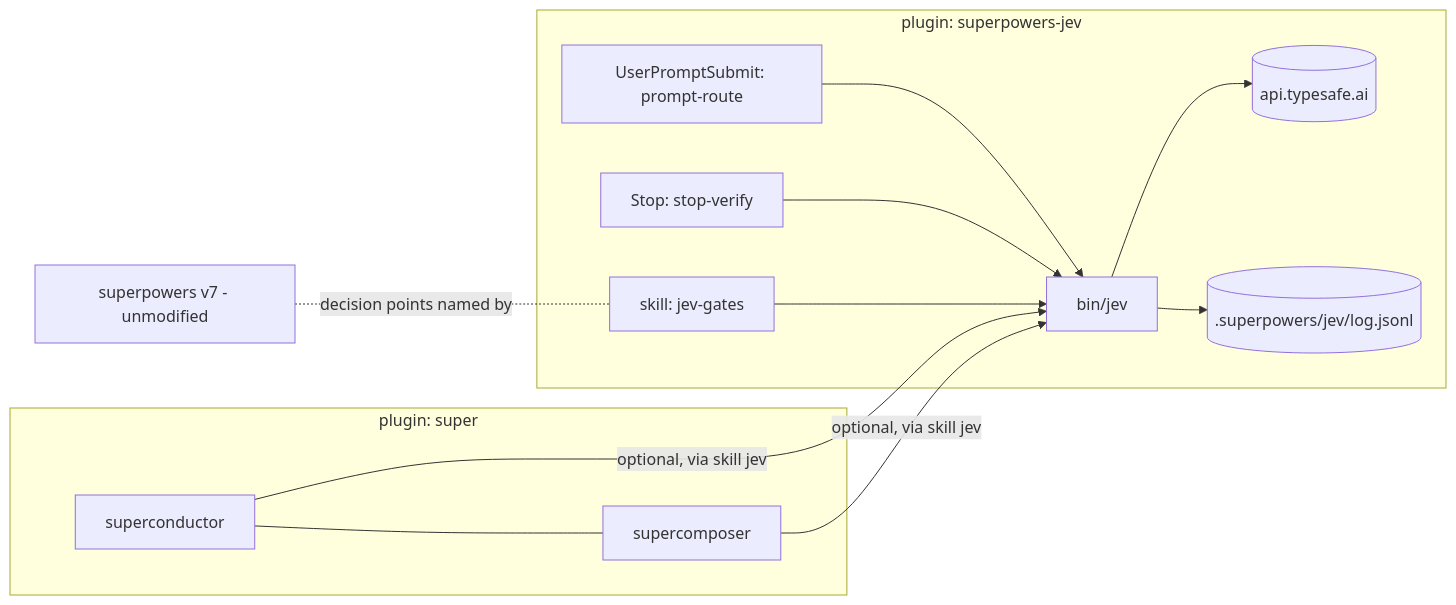
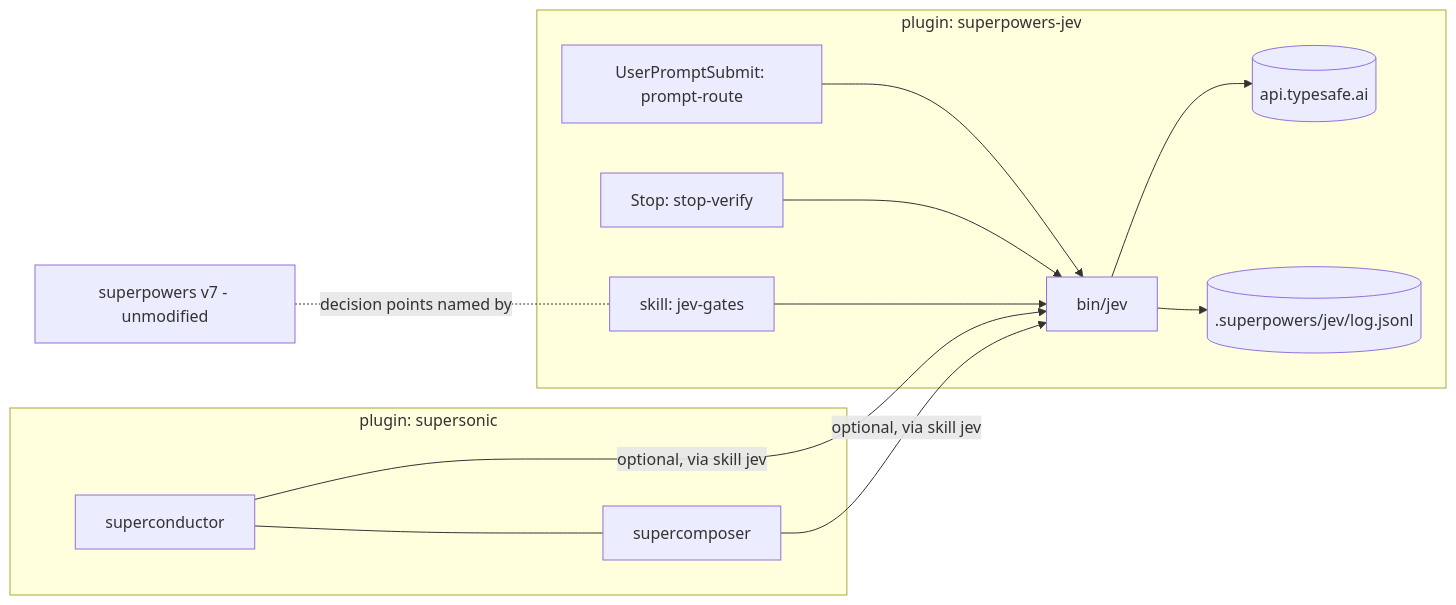
The diagram in docs/superpowers/specs/2026-10-11-1800-super-marketplace-and-jev-design.md (mindlace/super), drawn with Mermaid before and after one commit. The commit also changed other lines of this file, not shown here.

Commit message:
docs: rename conductor plugin to supersonic, settle open questions

````diff
--- a/docs/superpowers/specs/2026-10-11-1800-super-marketplace-and-jev-design.md
+++ b/docs/superpowers/specs/2026-10-11-1800-super-marketplace-and-jev-design.md
@@ -42,16 +43,16 @@
 ```mermaid
 flowchart LR
-  subgraph super[plugin: super]
+  subgraph supersonic[plugin: supersonic]
     SC[superconductor] --- SCo[supercomposer]
   end
   subgraph jevp[plugin: superpowers-jev]
     J[bin/jev] --> API[(api.typesafe.ai)]
     J --> LOG[(.superpowers/jev/log.jsonl)]
     H1[UserPromptSubmit: prompt-route] --> J
     H2[Stop: stop-verify] --> J
     G[skill: jev-gates] --> J
   end
   SP[superpowers v7 - unmodified] -. decision points named by .- G
   SC -- optional, via skill jev --> J
   SCo -- optional, via skill jev --> J
 ```
````
